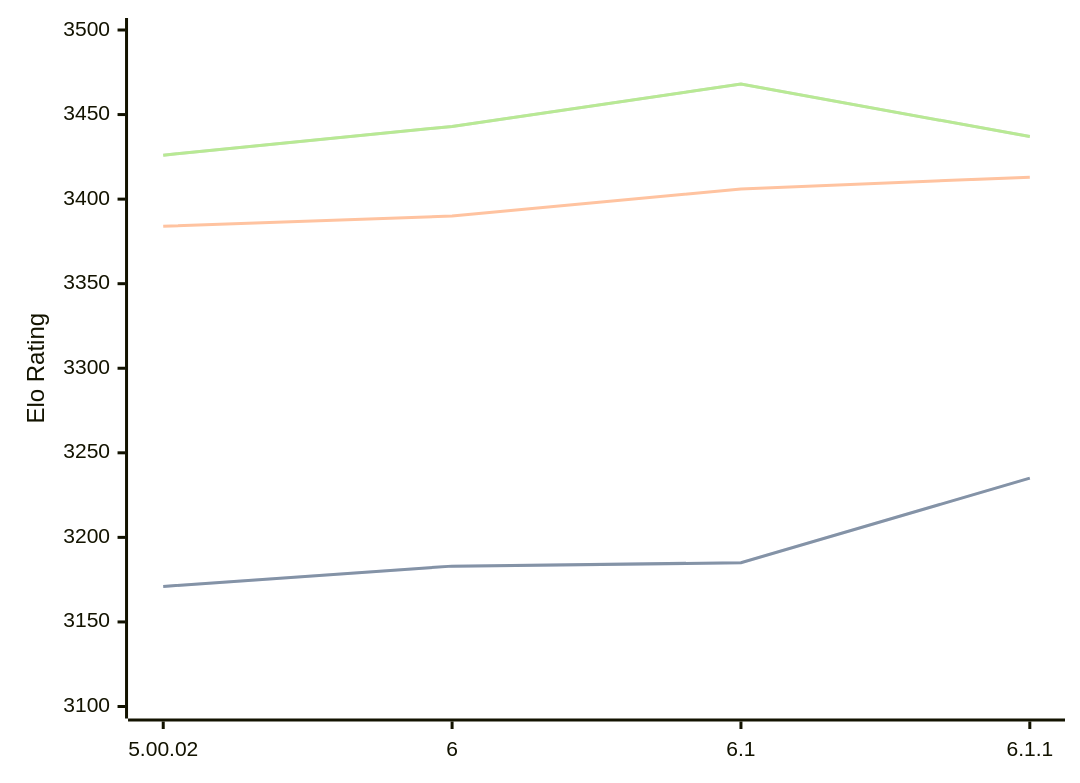
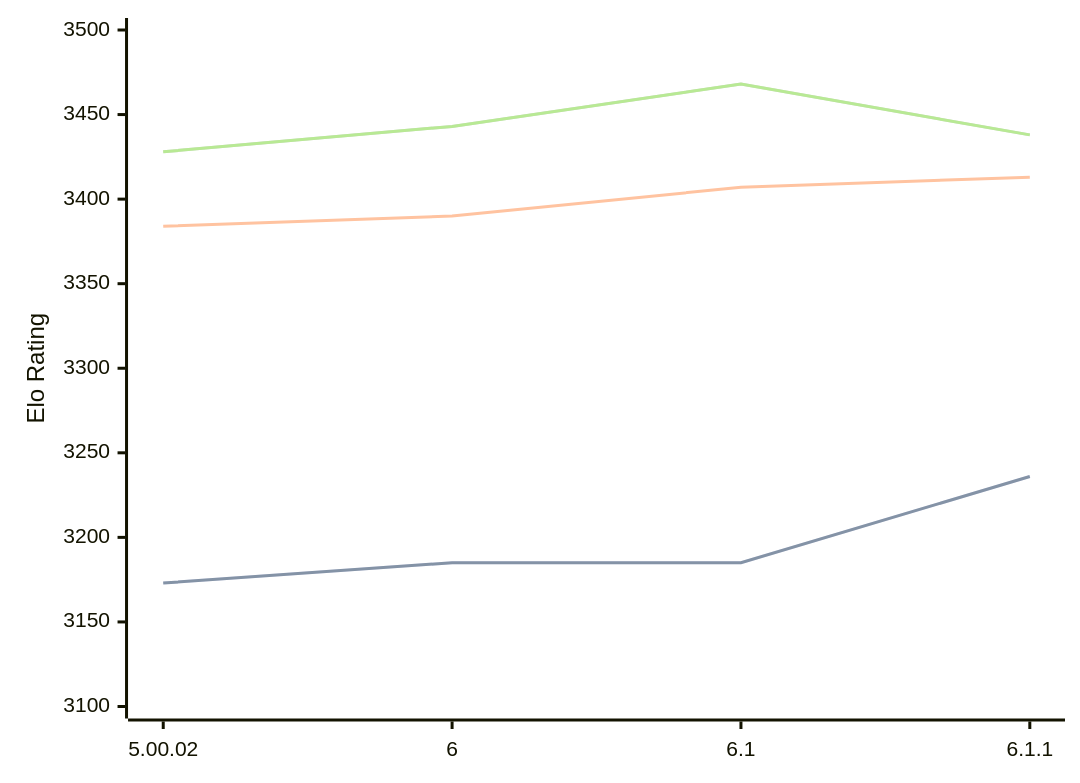
One commit to computer-chess-index/cci changed the diagram in engines/Zangdar.md. Above: the diagram before and after it, drawn with Mermaid. The commit also changed other lines of this file, not shown here.

Commit message:
Update CCI Ratings (ELO VLTC) - 2026-04-25

````diff
--- a/engines/Zangdar.md
+++ b/engines/Zangdar.md
@@ -46,11 +46,11 @@
 ```mermaid
 %%{init: {"theme":"base","themeVariables":{"seriesColors:['#a3a3a3','#222221','#faa371']}}}%%
 xychart-beta
   x-axis ["5.00.02", "6", "6.1", "6.1.1"]
   y-axis "Elo Rating" 3100 --> 3500
-  line "STC (8.0+0.08s)" [3171, 3183, 3185, 3235]
-  line "STC (8.0+0.08s)" [3171, 3183, 3185, 3235]
-  line "LTC (60.0+0.60s)" [3384, 3390, 3406, 3413]
-  line "VLTC (2m24s+1.12s)" [3426, 3443, 3468, 3437]
-  line "VLTC (2m24s+1.12s)" [3426, 3443, 3468, 3437]
+  line "STC (8.0+0.08s)" [3173, 3185, 3185, 3236]
+  line "STC (8.0+0.08s)" [3173, 3185, 3185, 3236]
+  line "LTC (60.0+0.60s)" [3384, 3390, 3407, 3413]
+  line "VLTC (2m24s+1.12s)" [3428, 3443, 3468, 3438]
+  line "VLTC (2m24s+1.12s)" [3428, 3443, 3468, 3438]
 ```
````
